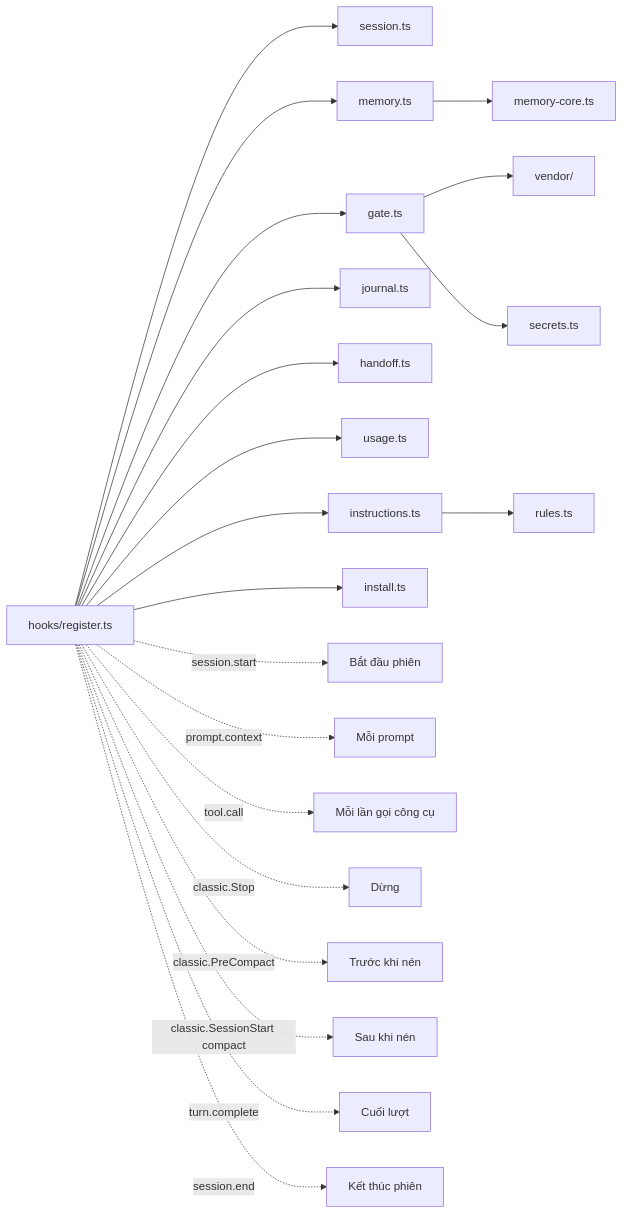
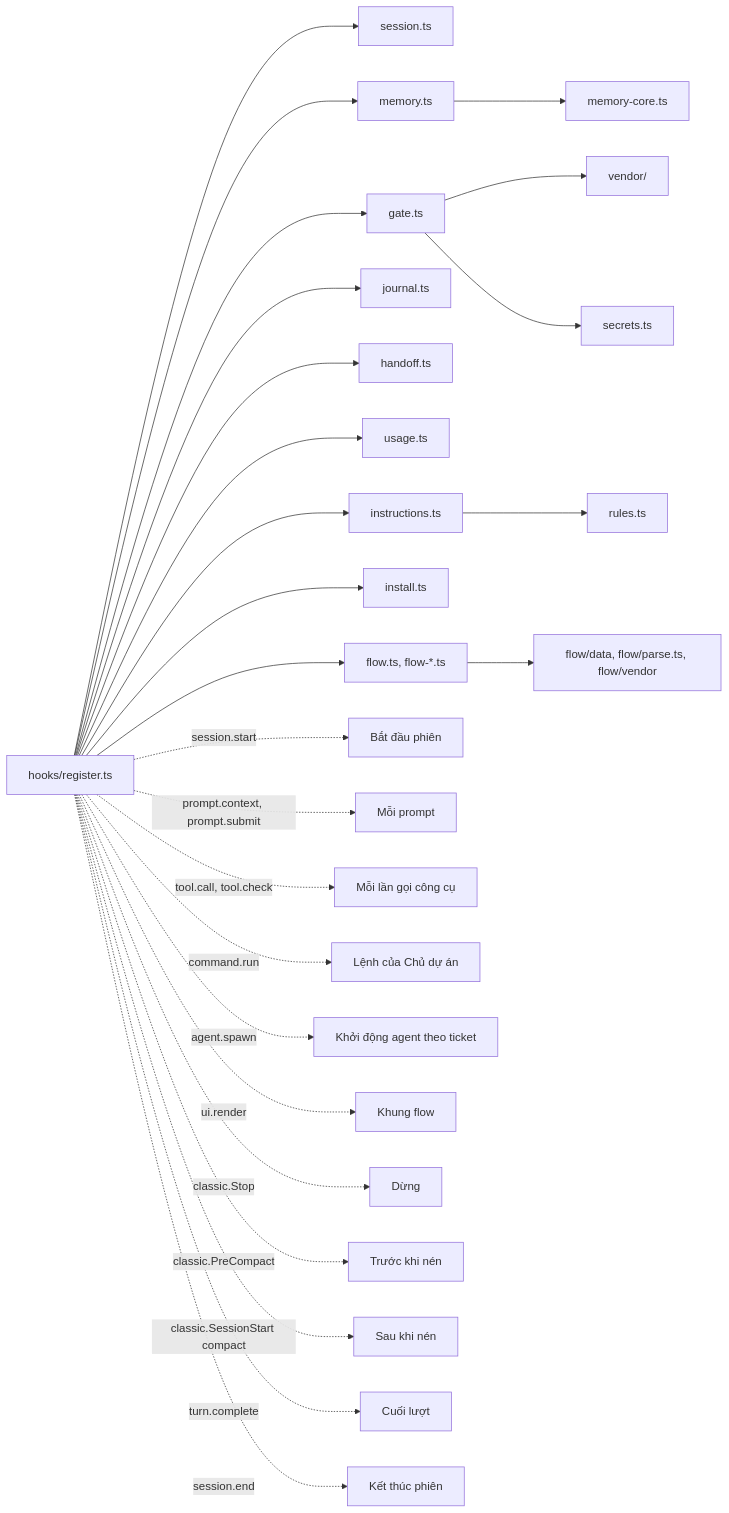
The diagram in docs/vi/files.md (phantanphatdgteam-gif/snagon-dev-mods), drawn with Mermaid before and after one commit. The commit also changed other lines of this file and 10 other files, not shown here.

````diff
--- a/docs/vi/files.md
+++ b/docs/vi/files.md
@@ -125,24 +198,29 @@
 ```mermaid
 flowchart LR
   R["hooks/register.ts"]
   R --> S["session.ts"]
   R --> M["memory.ts"]
   M --> MC["memory-core.ts"]
   R --> G["gate.ts"]
   G --> V["vendor/"]
   G --> X["secrets.ts"]
   R --> J["journal.ts"]
   R --> H["handoff.ts"]
   R --> U["usage.ts"]
   R --> I["instructions.ts"]
   I --> RU["rules.ts"]
   R --> N["install.ts"]
+  R --> F["flow.ts, flow-*.ts"]
+  F --> FD["flow/data, flow/parse.ts, flow/vendor"]
   R -.->|session.start| E1["Bắt đầu phiên"]
-  R -.->|prompt.context| E2["Mỗi prompt"]
-  R -.->|tool.call| E3["Mỗi lần gọi công cụ"]
+  R -.->|prompt.context, prompt.submit| E2["Mỗi prompt"]
+  R -.->|tool.call, tool.check| E3["Mỗi lần gọi công cụ"]
+  R -.->|command.run| E9["Lệnh của Chủ dự án"]
+  R -.->|agent.spawn| E10["Khởi động agent theo ticket"]
+  R -.->|ui.render| E11["Khung flow"]
   R -.->|classic.Stop| E4["Dừng"]
   R -.->|classic.PreCompact| E5["Trước khi nén"]
   R -.->|classic.SessionStart compact| E6["Sau khi nén"]
   R -.->|turn.complete| E7["Cuối lượt"]
   R -.->|session.end| E8["Kết thúc phiên"]
 ```
````
